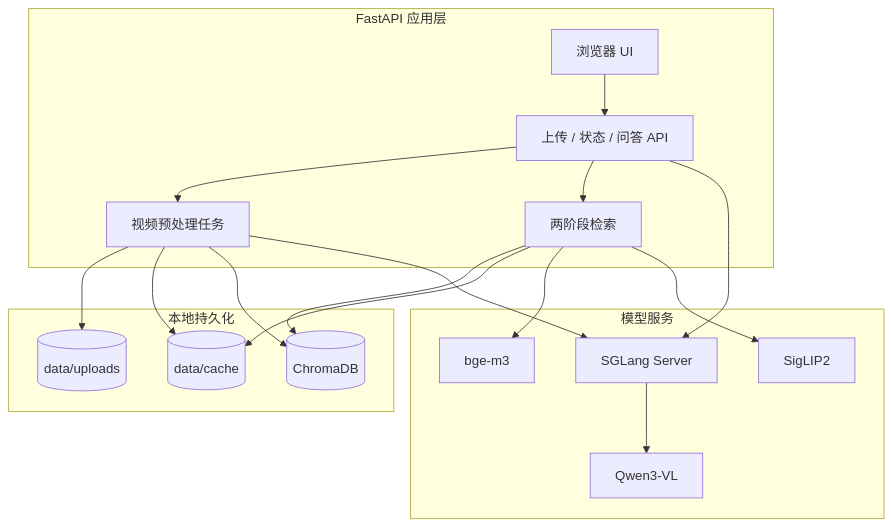
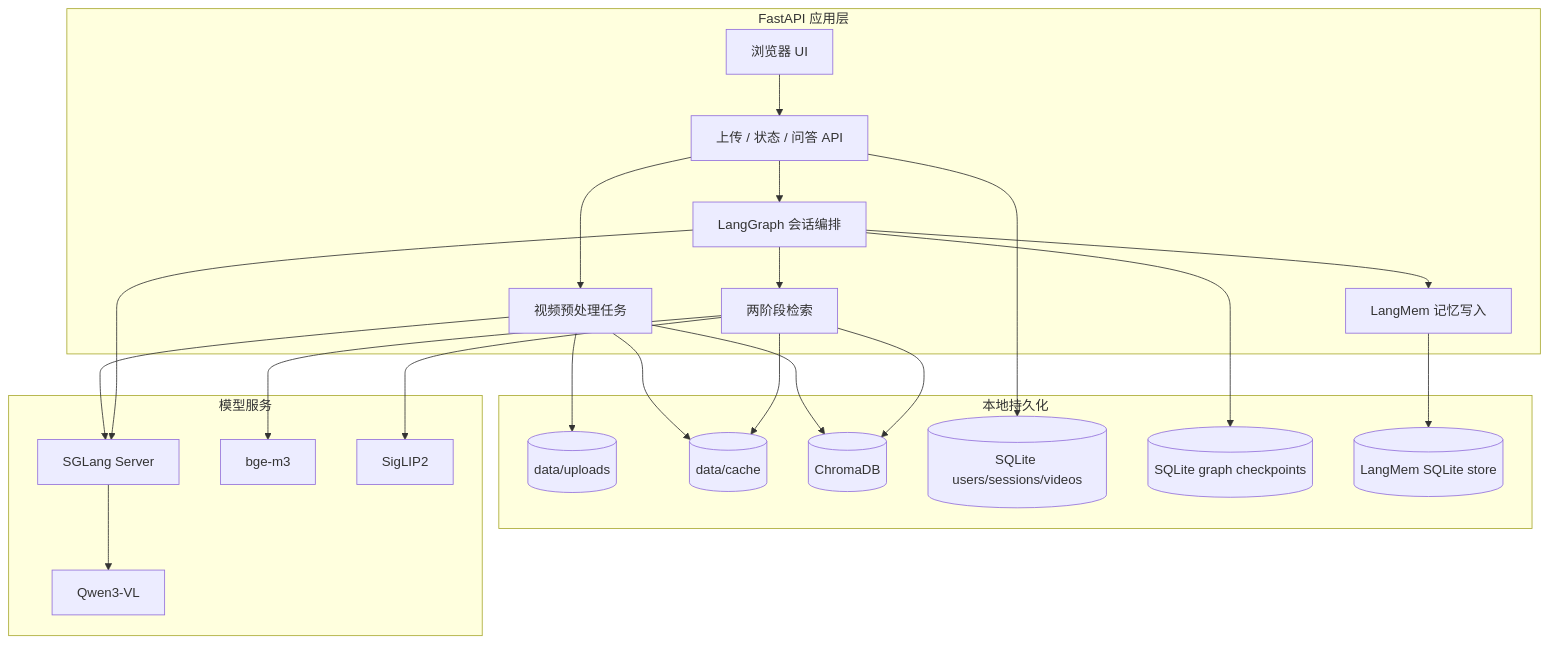
The second of 4 diagrams in README.md (MichaelSou1/reading-not-reasoning), drawn with Mermaid before and after one commit. The commit also changed other lines of this file and 4 other files, not shown here.

Commit message:
Implement phase 2 sessions and LangMem

````diff
--- a/README.md
+++ b/README.md
@@ -44,36 +44,46 @@
 ```mermaid
 flowchart TB
     subgraph Web["FastAPI 应用层"]
         UI[浏览器 UI]
         API[上传 / 状态 / 问答 API]
         PRE[视频预处理任务]
         RET[两阶段检索]
+        GRAPH[LangGraph 会话编排]
+        MEM[LangMem 记忆写入]
     end
 
     subgraph Store["本地持久化"]
         UP[(data/uploads)]
         CACHE[(data/cache)]
         CHROMA[(ChromaDB)]
+        DB[(SQLite users/sessions/videos)]
+        CKPT[(SQLite graph checkpoints)]
+        LM[(LangMem SQLite store)]
     end
 
     subgraph Inference["模型服务"]
         SGL[SGLang Server]
         QWEN[Qwen3-VL]
         BGE[bge-m3]
         SIG[SigLIP2]
     end
 
     UI --> API
     API --> PRE
-    API --> RET
+    API --> GRAPH
+    GRAPH --> RET
+    GRAPH --> MEM
     PRE --> UP
     PRE --> CACHE
     PRE --> CHROMA
     RET --> CHROMA
     RET --> CACHE
+    API --> DB
+    GRAPH --> CKPT
+    MEM --> LM
     PRE --> SGL
     RET --> BGE
     RET --> SIG
-    API --> SGL
+    GRAPH --> SGL
     SGL --> QWEN
 ```
````
